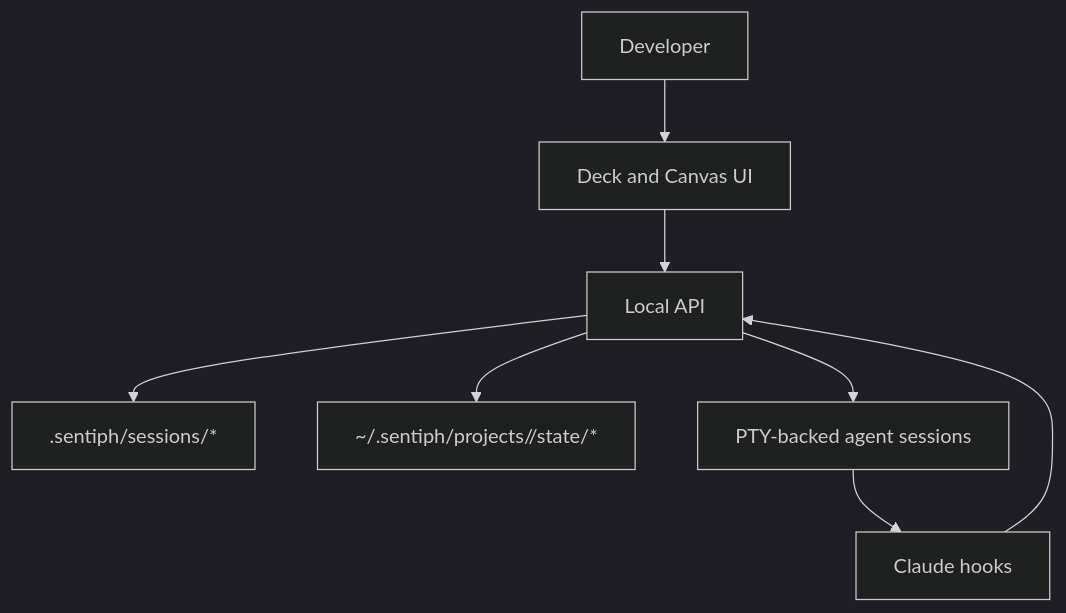
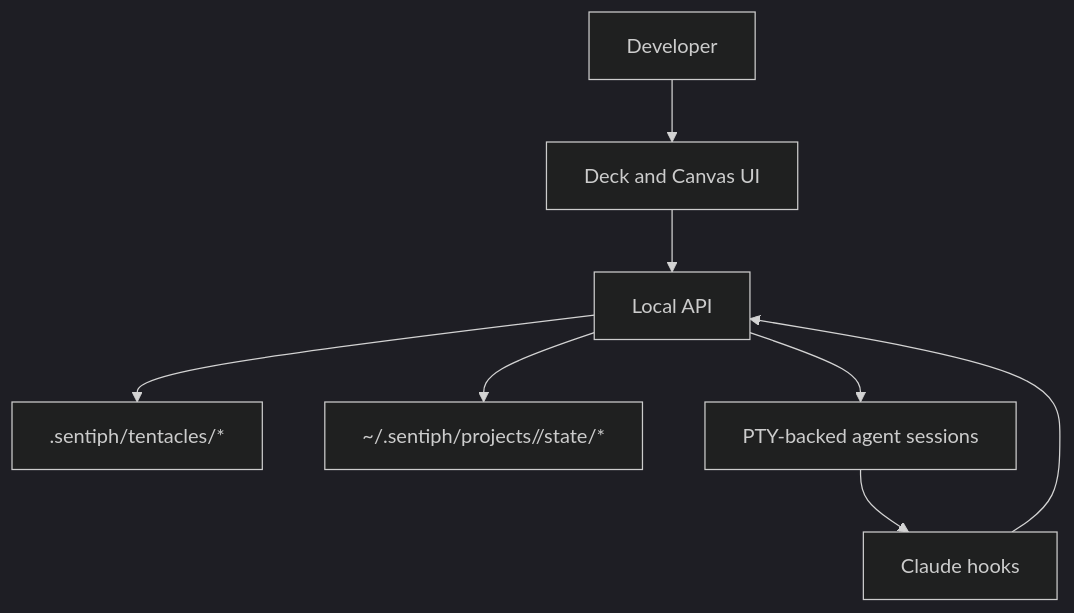
The diagram in docs/concepts/mental-model.md (josephg29/sentiph), drawn with Mermaid (dark theme) before and after one commit. The commit also changed other lines of this file and 7 other files, not shown here.

````diff
--- a/docs/concepts/mental-model.md
+++ b/docs/concepts/mental-model.md
@@ -9,10 +9,10 @@
 ```mermaid
 flowchart TD
   Human[Developer] --> Deck[Deck and Canvas UI]
   Deck --> API[Local API]
-  API --> Files[".sentiph/sessions/*"]
+  API --> Files[".sentiph/tentacles/*"]
   API --> State["~/.sentiph/projects/<id>/state/*"]
   API --> PTY[PTY-backed agent sessions]
   PTY --> Hooks[Claude hooks]
   Hooks --> API
 ```
````
